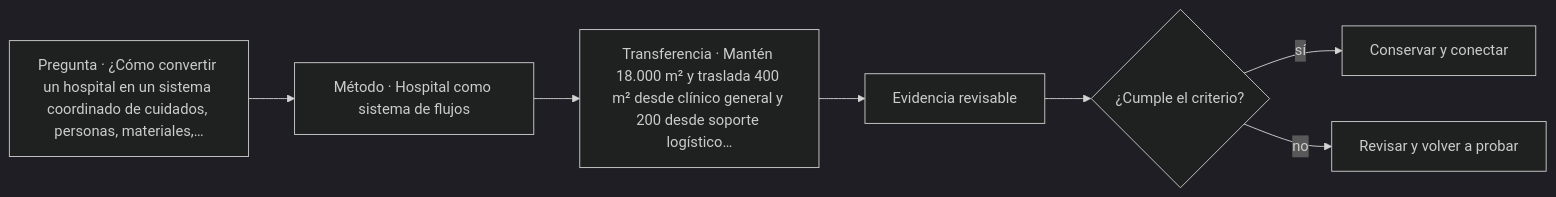
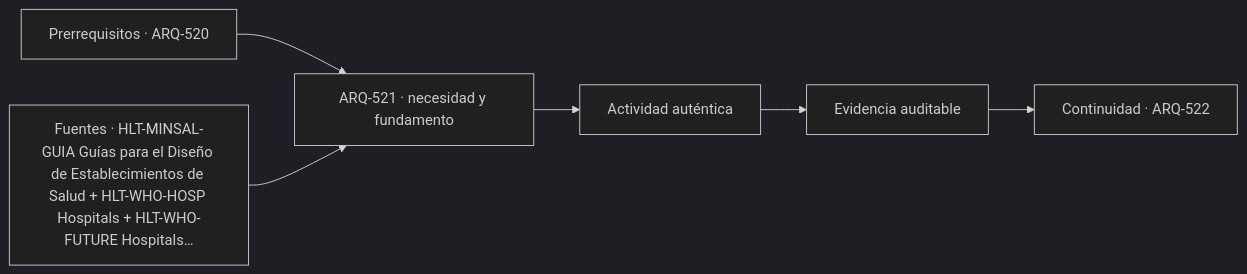
One commit to vladimiracunadev-create/architecture-built-environment-learning-program changed the diagram in classes/parte-53/ARQ-521.md. Above: the diagram before and after it, drawn with Mermaid (dark theme). The commit also changed other lines of this file and 761 other files, not shown here.

````diff
--- a/classes/parte-53/ARQ-521.md
+++ b/classes/parte-53/ARQ-521.md
@@ -91,9 +103,8 @@
 ```mermaid
 flowchart LR
-    Q["Pregunta · ¿Cómo convertir un hospital en un sistema coordinado de cuidados, personas, materiales,…"] --> M["Método · Hospital como sistema de flujos"]
-    M --> P["Transferencia · Mantén 18.000 m² y traslada 400 m² desde clínico general y 200 desde soporte logístico…"]
-    P --> E["Evidencia revisable"]
-    E --> C{"¿Cumple el criterio?"}
-    C -->|sí| T["Conservar y conectar"]
-    C -->|no| R["Revisar y volver a probar"]
+    A["Prerrequisitos · ARQ-520"] --> B["ARQ-521 · necesidad y fundamento"]
+    S["Fuentes · HLT-MINSAL-GUIA Guías para el Diseño de Establecimientos de Salud + HLT-WHO-HOSP Hospitals + HLT-WHO-FUTURE Hospitals…"] --> B
+    B --> C["Actividad auténtica"]
+    C --> D["Evidencia auditable"]
+    D --> E["Continuidad · ARQ-522"]
 ```
````
